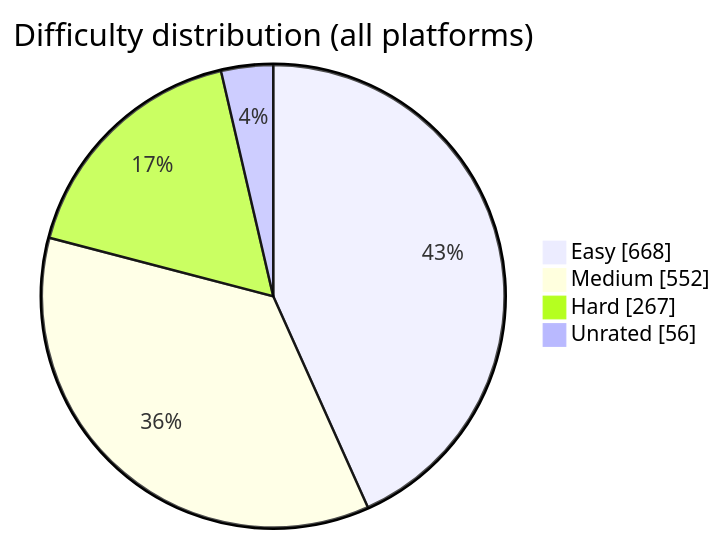
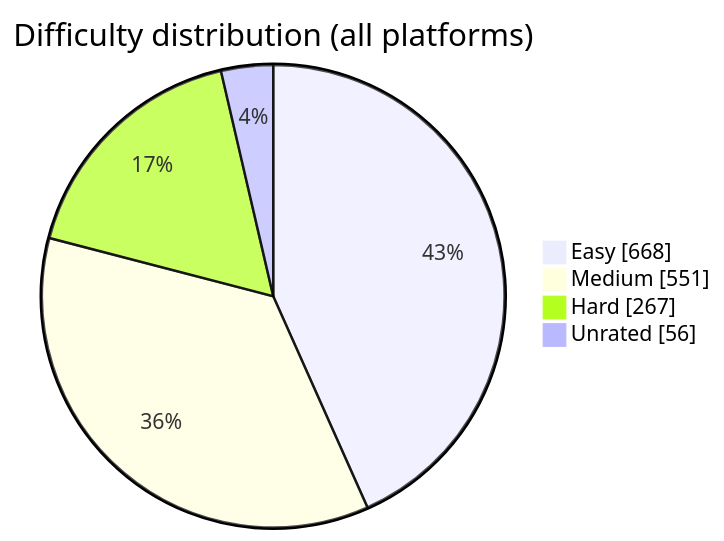
Before and after one commit to BuildbyArindam/Daily-Coding-Log: the diagram in README.md, drawn with Mermaid. The commit also changed other lines of this file, not shown here.

````diff
--- a/README.md
+++ b/README.md
@@ -93,7 +93,7 @@
 ```mermaid
 pie showData title Difficulty distribution (all platforms)
     "Easy" : 668
-    "Medium" : 552
+    "Medium" : 551
     "Hard" : 267
     "Unrated" : 56
 ```
````
